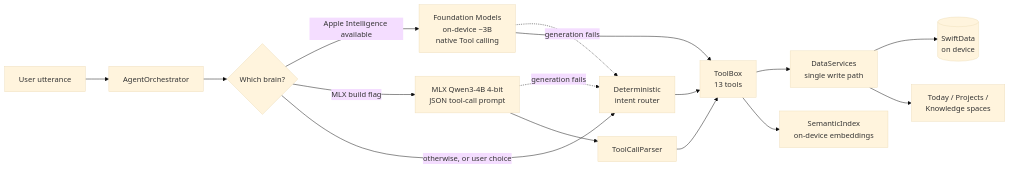
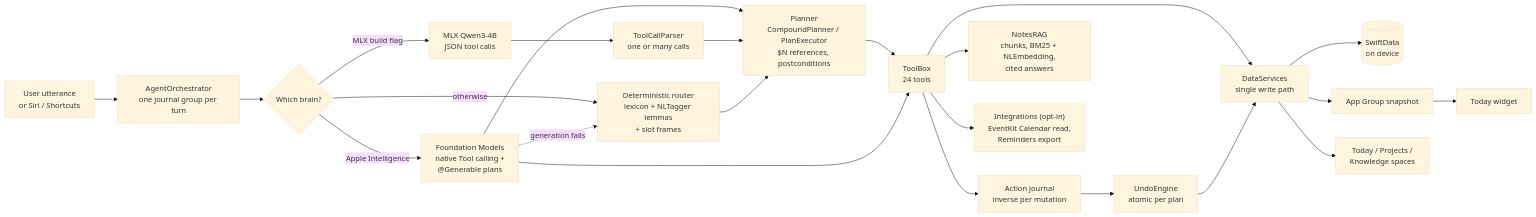
Before and after one commit to seanmcrae/pocketbrains-app: the diagram in README.md, drawn with Mermaid (base theme). The commit also changed other lines of this file, not shown here.

Commit message:
README: v0.2 features, architecture, 24 tools, eval before/after from CI logs

````diff
--- a/README.md
+++ b/README.md
@@ -47,17 +54,23 @@
 ```mermaid
 flowchart LR
-    U["User utterance"] --> O["AgentOrchestrator"]
+    U["User utterance<br/>or Siri / Shortcuts"] --> O["AgentOrchestrator<br/>one journal group per turn"]
     O --> S{"Which brain?"}
-    S -->|"Apple Intelligence available"| FM["Foundation Models<br/>on-device ~3B<br/>native Tool calling"]
-    S -->|"MLX build flag"| MLX["MLX Qwen3-4B 4-bit<br/>JSON tool-call prompt"]
-    S -->|"otherwise, or user choice"| DP["Deterministic<br/>intent router"]
+    S -->|"Apple Intelligence"| FM["Foundation Models<br/>native Tool calling +<br/>@Generable plans"]
+    S -->|"MLX build flag"| MLX["MLX Qwen3-4B<br/>JSON tool calls"]
+    S -->|"otherwise"| DP["Deterministic router<br/>lexicon + NLTagger lemmas<br/>+ slot frames"]
     FM -.->|"generation fails"| DP
-    MLX -.->|"generation fails"| DP
-    FM --> TB["ToolBox<br/>13 tools"]
-    MLX --> TP["ToolCallParser"] --> TB
-    DP --> TB
+    FM --> PL["Planner<br/>CompoundPlanner / PlanExecutor<br/>$N references, postconditions"]
+    MLX --> TP["ToolCallParser<br/>one or many calls"] --> PL
+    DP --> PL
+    PL --> TB["ToolBox<br/>24 tools"]
+    FM --> TB
+    TB --> J["Action journal<br/>inverse per mutation"]
+    J --> UN["UndoEngine<br/>atomic per plan"]
+    TB --> RAG["NotesRAG<br/>chunks, BM25 + NLEmbedding,<br/>cited answers"]
+    TB --> INT["Integrations (opt-in)<br/>EventKit Calendar read,<br/>Reminders export"]
     TB --> DS["DataServices<br/>single write path"]
+    UN --> DS
     DS --> DB[("SwiftData<br/>on device")]
-    TB --> SI["SemanticIndex<br/>on-device embeddings"]
+    DS --> W["App Group snapshot"] --> WG["Today widget"]
     DS --> V["Today / Projects /<br/>Knowledge spaces"]
 ```
````
